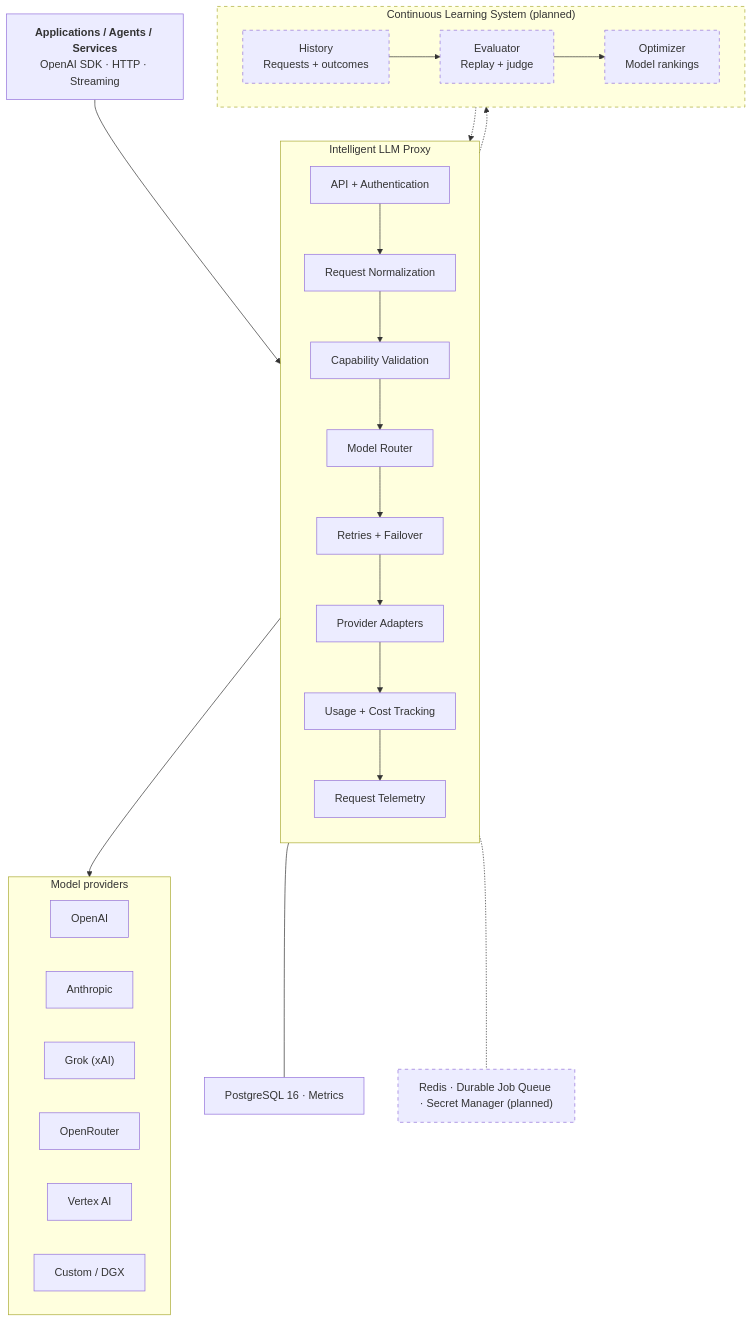
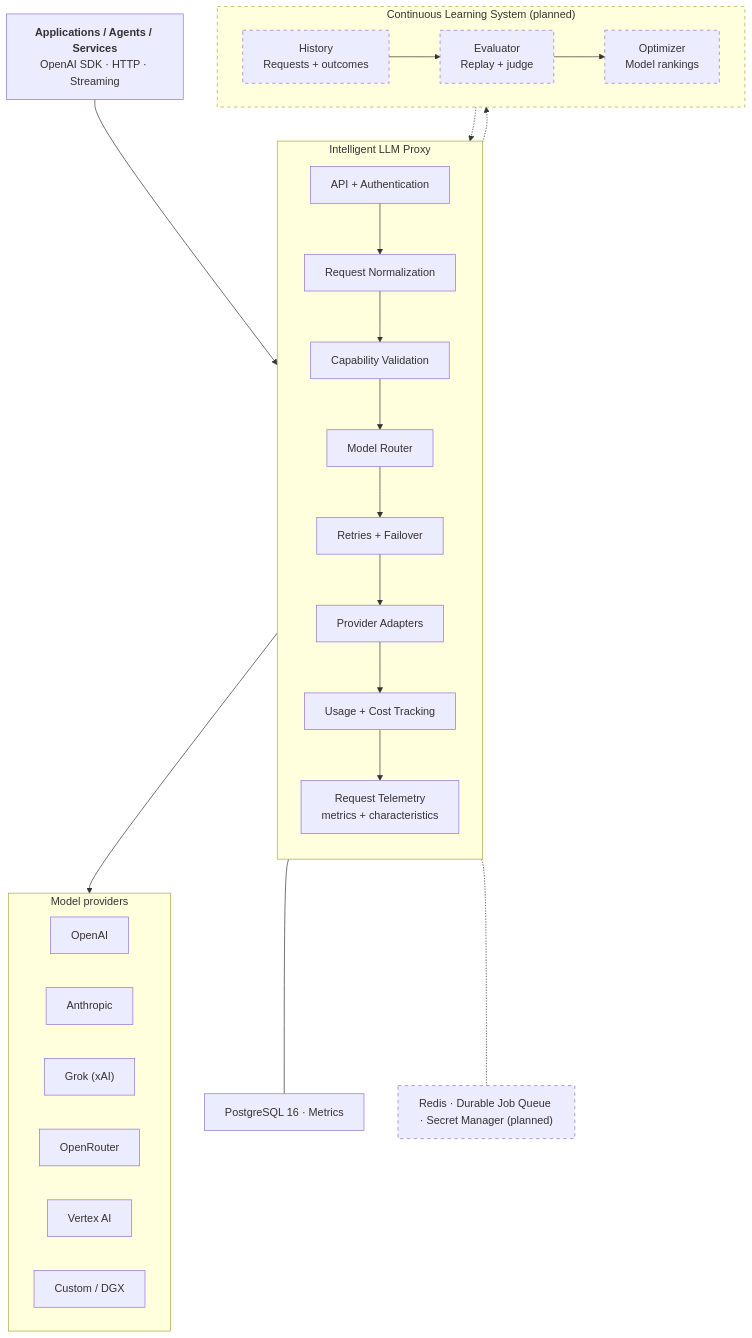
The diagram in README.md (niranta-life/llm-proxy), drawn with Mermaid before and after one commit. The commit also changed other lines of this file, not shown here.

First line of the commit message:
docs: describe request characteristics in the README

````diff
--- a/README.md
+++ b/README.md
@@ -41,49 +43,49 @@
 ```mermaid
 flowchart TB
     apps["<b>Applications / Agents / Services</b><br/>OpenAI SDK · HTTP · Streaming"]
 
     subgraph proxy["Intelligent LLM Proxy"]
         direction TB
         auth["API + Authentication"]
         norm["Request Normalization"]
         cap["Capability Validation"]
         router["Model Router"]
         adapters["Provider Adapters"]
         retry["Retries + Failover"]
         cost["Usage + Cost Tracking"]
-        telem["Request Telemetry"]
+        telem["Request Telemetry<br/>metrics + characteristics"]
         auth --> norm --> cap --> router --> retry --> adapters
         adapters --> cost --> telem
     end
 
     subgraph providers["Model providers"]
         direction LR
         openai["OpenAI"]
         anthropic["Anthropic"]
         grok["Grok (xAI)"]
         openrouter["OpenRouter"]
         vertex["Vertex AI"]
         dgx["Custom / DGX"]
     end
 
     subgraph learning["Continuous Learning System (planned)"]
         direction LR
         history["History<br/>Requests + outcomes"]
         evaluator["Evaluator<br/>Replay + judge"]
         optimizer["Optimizer<br/>Model rankings"]
         history --> evaluator --> optimizer
     end
 
     infra["PostgreSQL 16 · Metrics"]
     infraPlanned["Redis · Durable Job Queue · Secret Manager (planned)"]
 
     apps --> proxy
     proxy --> providers
     telem -.-> history
     optimizer -.-> router
     proxy --- infra
     proxy -.- infraPlanned
 
     classDef planned stroke-dasharray: 5 5
     class learning,history,evaluator,optimizer,infraPlanned planned
 ```
````
